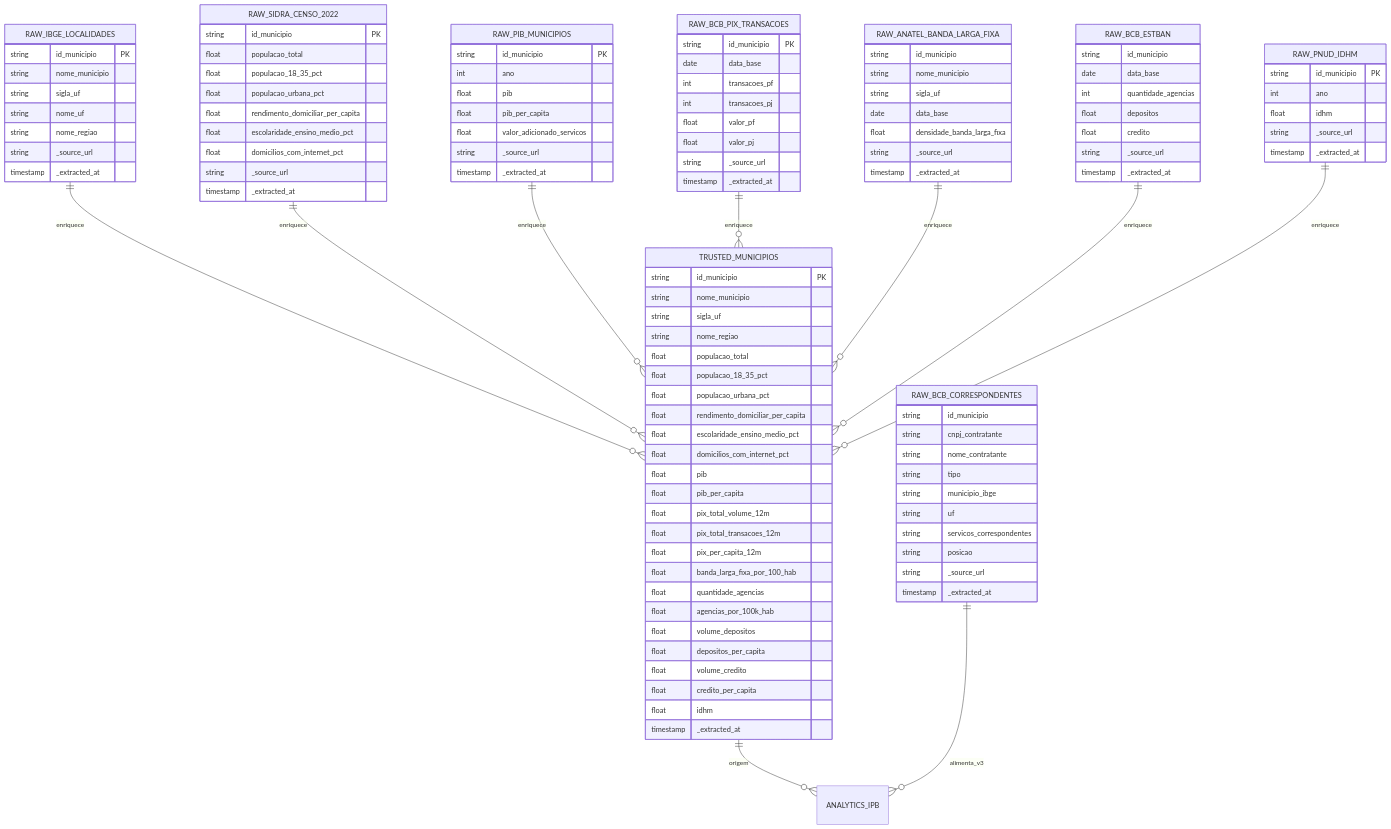
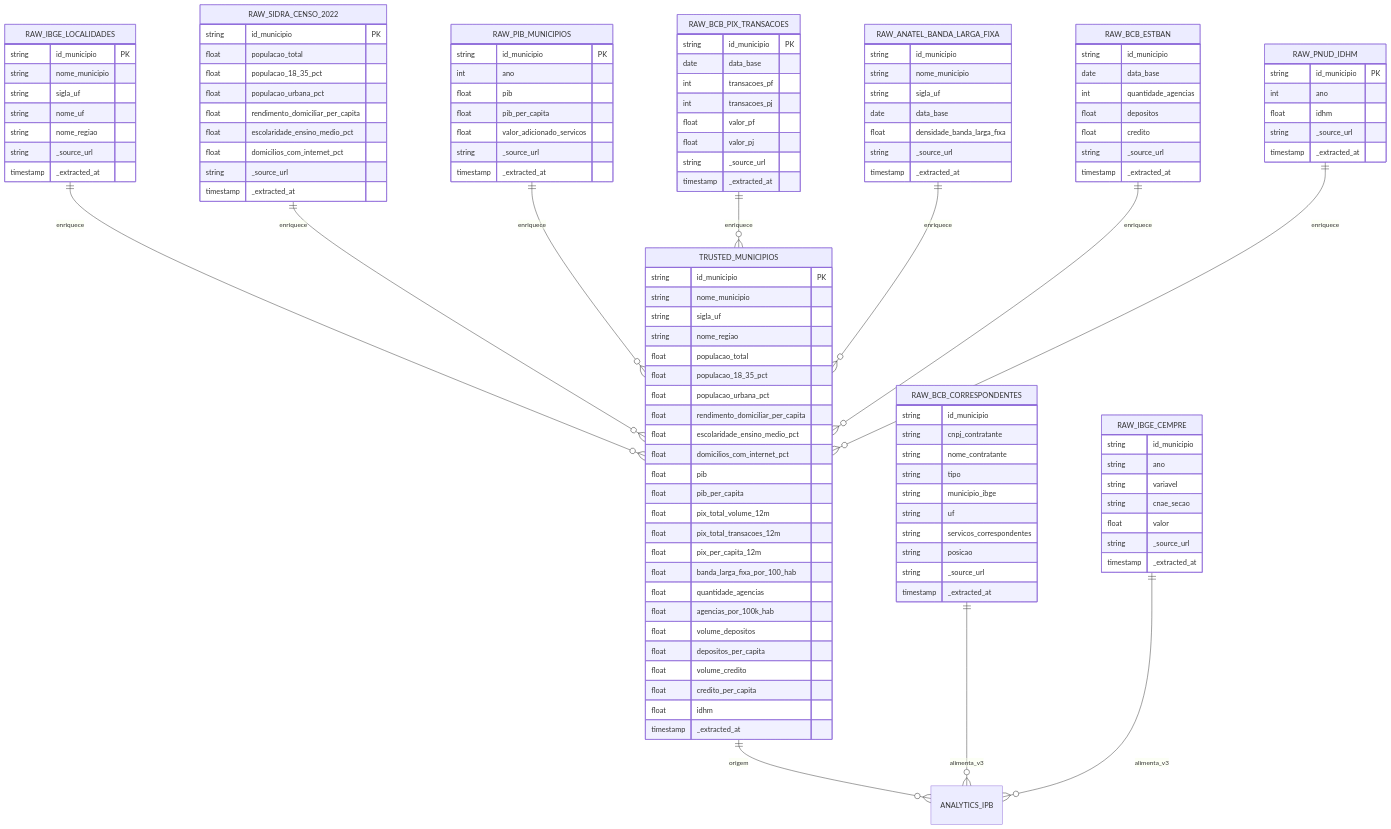
Before and after one commit to LucioFrCruz/heluvina_projeto_final_202602: the third of 4 diagrams in docs/Arquitetura_Tecnica.md, drawn with Mermaid. The commit also changed other lines of this file and 7 other files, not shown here.

````diff
--- a/docs/Arquitetura_Tecnica.md
+++ b/docs/Arquitetura_Tecnica.md
@@ -256,6 +256,16 @@
         timestamp _extracted_at
     }
 
+    RAW_IBGE_CEMPRE {
+        string id_municipio
+        string ano
+        string variavel
+        string cnae_secao
+        float valor
+        string _source_url
+        timestamp _extracted_at
+    }
+
     TRUSTED_MUNICIPIOS {
         string id_municipio PK
         string nome_municipio
@@ -292,7 +302,9 @@
     RAW_PNUD_IDHM ||--o{ TRUSTED_MUNICIPIOS : enriquece
     %% Camada analytics (analytics_ipb_v1_classico, _v2_recalibrado,
     %% _v3_presenca_completa, _comparacao): schemas no Dicionário de Dados.
-    %% TRUSTED_MUNICIPIOS + RAW_BCB_CORRESPONDENTES alimentam as analytics_ipb_*
+    %% TRUSTED_MUNICIPIOS + RAW_BCB_CORRESPONDENTES + RAW_IBGE_CEMPRE
+    %% alimentam as analytics_ipb_*
     TRUSTED_MUNICIPIOS ||--o{ ANALYTICS_IPB : origem
     RAW_BCB_CORRESPONDENTES ||--o{ ANALYTICS_IPB : alimenta_v3
+    RAW_IBGE_CEMPRE ||--o{ ANALYTICS_IPB : alimenta_v3
 ```
````
